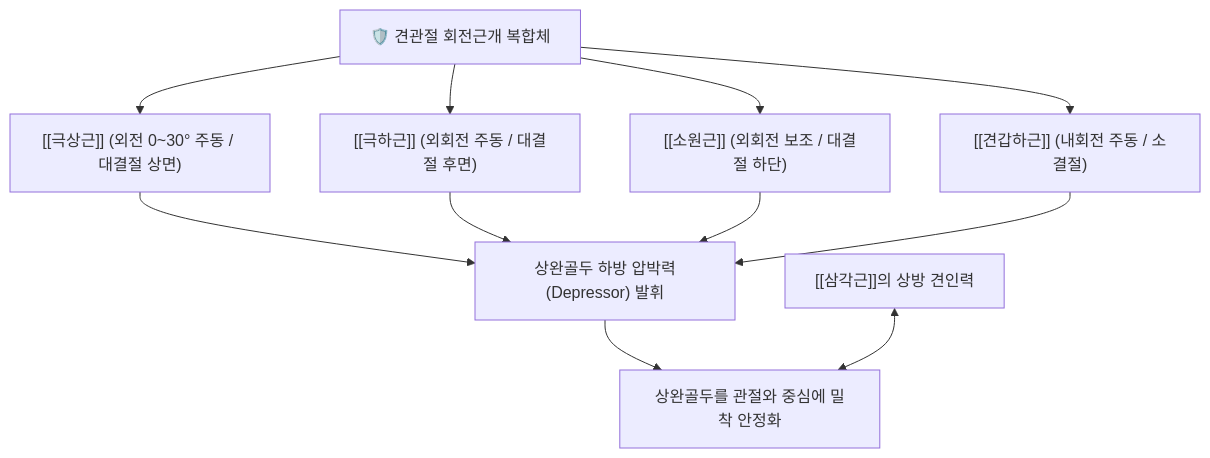
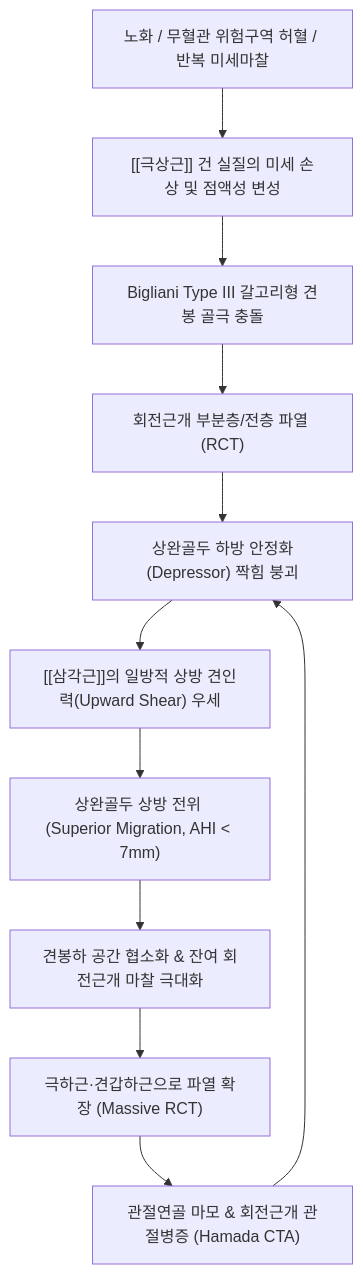
The first of 3 diagrams in content/3. 이론 공부/질환/근골격계 질환/상지/회전근개 파열.md (simbio11/simbio-digital-garden2), drawn with Mermaid before and after one commit. The commit also changed other lines of this file and 350 other files, not shown here.

````diff
--- a/content/3. 이론 공부/질환/근골격계 질환/상지/회전근개 파열.md
+++ b/content/3. 이론 공부/질환/근골격계 질환/상지/회전근개 파열.md
@@ -43,13 +122,13 @@
 ```mermaid
 graph TD
-    RC["🛡️ 견관절 회전근개 복합체"] --> SS["[[극상근]] (외전 0~30° 주동 / 대결절 상면)"]
-    RC --> IS["[[극하근]] (외회전 주동 / 대결절 후면)"]
-    RC --> TM["[[소원근]] (외회전 보조 / 대결절 하단)"]
-    RC --> Sub["[[견갑하근]] (내회전 주동 / 소결절)"]
-    SS --> Couple["상완골두 하방 압박력(Depressor) 발휘"]
-    IS --> Couple
-    TM --> Couple
-    Sub --> Couple
-    Couple --> Centering["상완골두를 관절와 중심에 밀착 안정화"]
-    Deltoid["[[삼각근]]의 상방 견인력"] <--> Centering
+    A["노화 / 무혈관 위험구역 허혈 / 반복 미세마찰"] --> B["[[극상근]] 건 실질의 미세 손상 및 점액성 변성"]
+    B --> C["Bigliani Type III 갈고리형 견봉 골극 충돌"]
+    C --> D["회전근개 부분층/전층 파열 (RCT)"]
+    D --> E["상완골두 하방 안정화(Depressor) 짝힘 붕괴"]
+    E --> F["[[삼각근]]의 일방적 상방 견인력(Upward Shear) 우세"]
+    F --> G["상완골두 상방 전위 (Superior Migration, AHI < 7mm)"]
+    G --> H["견봉하 공간 협소화 & 잔여 회전근개 마찰 극대화"]
+    H --> I["극하근·견갑하근으로 파열 확장 (Massive RCT)"]
+    I --> J["관절연골 마모 & 회전근개 관절병증 (Hamada CTA)"]
+    J --> E
 ```
````
